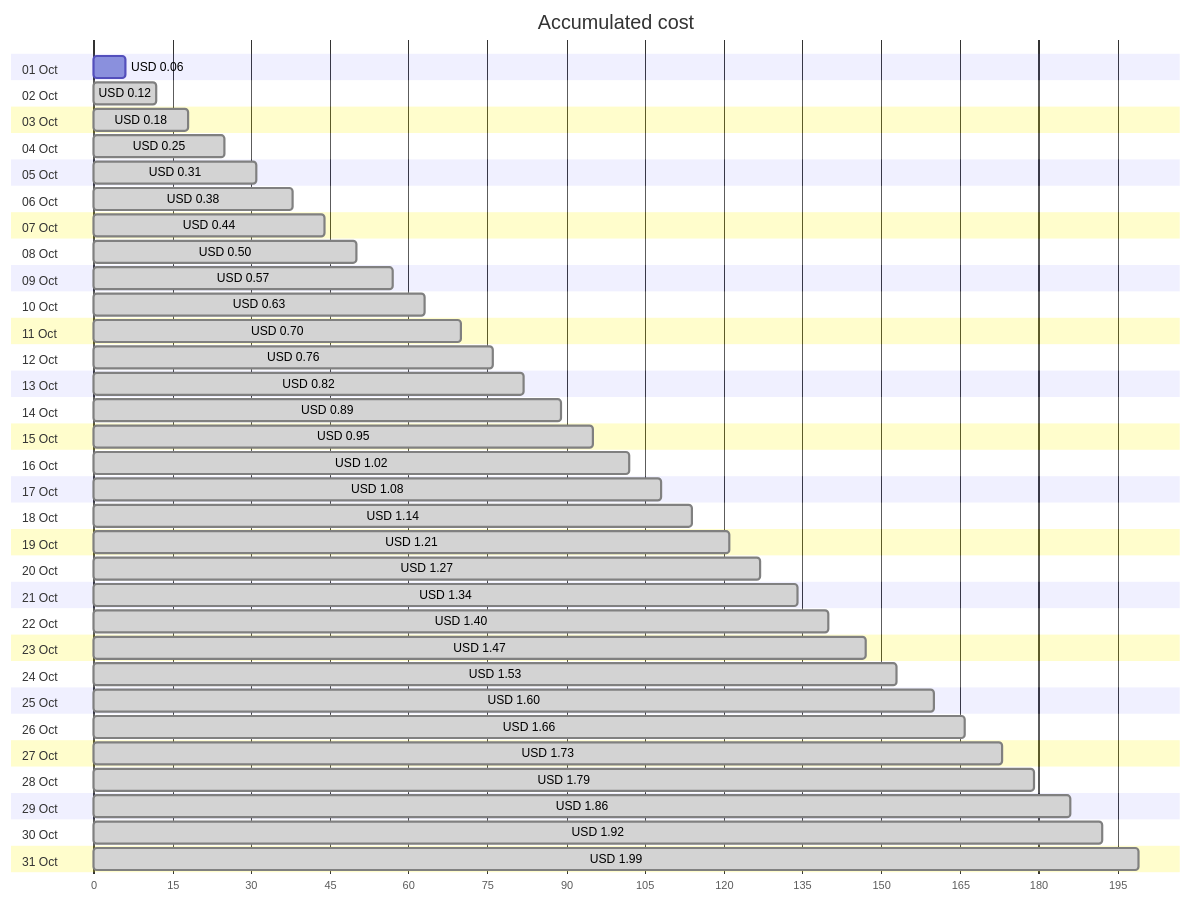
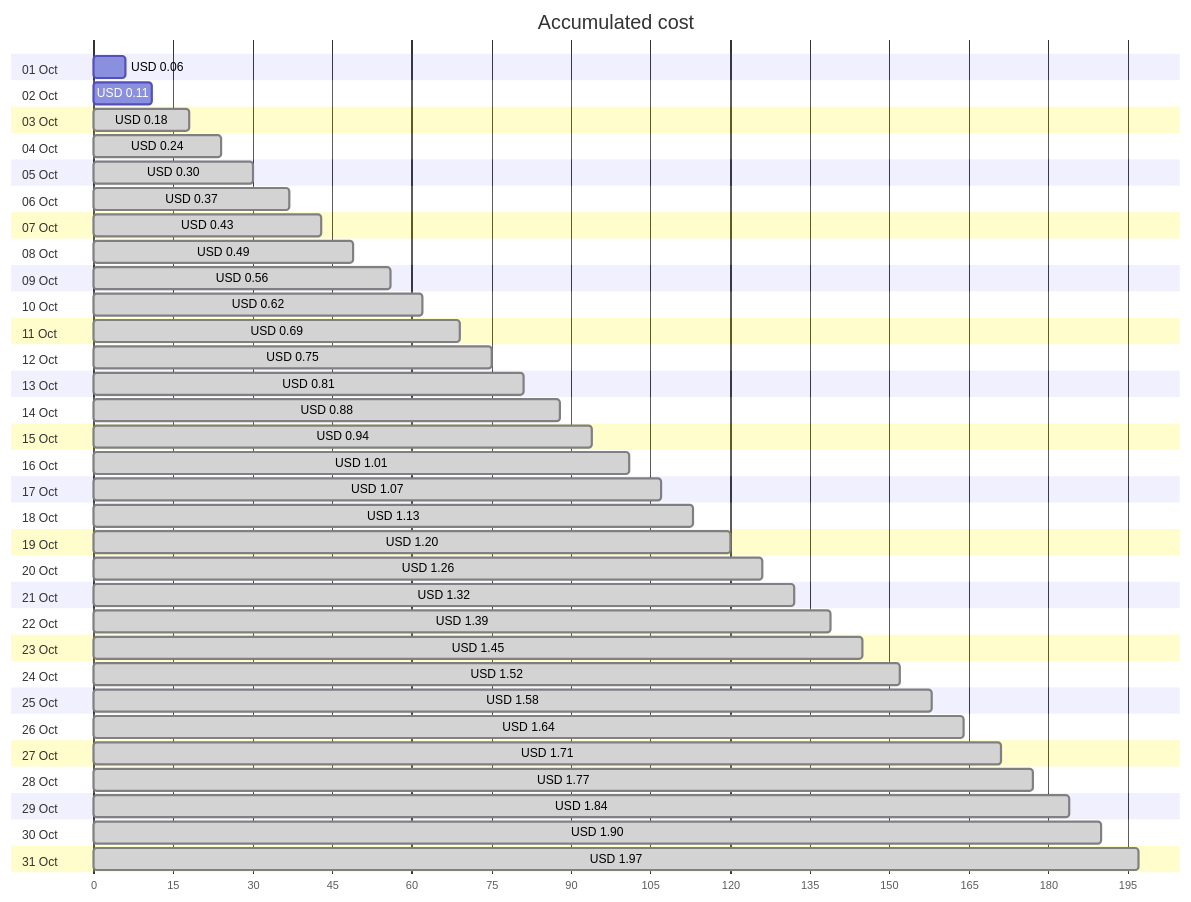
The first of 4 diagrams in cost-reports/personal-network/vpn-server_OsDisk.md (jpfulton/azure-personal-reports), drawn with Mermaid before and after one commit. The commit also changed other lines of this file and 8 other files, not shown here.

````diff
--- a/cost-reports/personal-network/vpn-server_OsDisk.md
+++ b/cost-reports/personal-network/vpn-server_OsDisk.md
@@ -20,68 +20,68 @@
 ```mermaid
 gantt
    title Accumulated cost
    dateFormat  X
    axisFormat %s
    section 01 Oct
    USD 0.06 :0, 6
    section 02 Oct
-   USD 0.12 : done, 0, 12
+   USD 0.11 :0, 11
    section 03 Oct
    USD 0.18 : done, 0, 18
    section 04 Oct
-   USD 0.25 : done, 0, 25
+   USD 0.24 : done, 0, 24
    section 05 Oct
-   USD 0.31 : done, 0, 31
+   USD 0.30 : done, 0, 30
    section 06 Oct
-   USD 0.38 : done, 0, 38
+   USD 0.37 : done, 0, 37
    section 07 Oct
-   USD 0.44 : done, 0, 44
+   USD 0.43 : done, 0, 43
    section 08 Oct
-   USD 0.50 : done, 0, 50
+   USD 0.49 : done, 0, 49
    section 09 Oct
-   USD 0.57 : done, 0, 57
+   USD 0.56 : done, 0, 56
    section 10 Oct
-   USD 0.63 : done, 0, 63
+   USD 0.62 : done, 0, 62
    section 11 Oct
-   USD 0.70 : done, 0, 70
+   USD 0.69 : done, 0, 69
    section 12 Oct
-   USD 0.76 : done, 0, 76
+   USD 0.75 : done, 0, 75
    section 13 Oct
-   USD 0.82 : done, 0, 82
+   USD 0.81 : done, 0, 81
    section 14 Oct
-   USD 0.89 : done, 0, 89
+   USD 0.88 : done, 0, 88
    section 15 Oct
-   USD 0.95 : done, 0, 95
+   USD 0.94 : done, 0, 94
    section 16 Oct
-   USD 1.02 : done, 0, 102
+   USD 1.01 : done, 0, 101
    section 17 Oct
-   USD 1.08 : done, 0, 108
+   USD 1.07 : done, 0, 107
    section 18 Oct
-   USD 1.14 : done, 0, 114
+   USD 1.13 : done, 0, 113
    section 19 Oct
-   USD 1.21 : done, 0, 121
+   USD 1.20 : done, 0, 120
    section 20 Oct
-   USD 1.27 : done, 0, 127
+   USD 1.26 : done, 0, 126
    section 21 Oct
-   USD 1.34 : done, 0, 134
+   USD 1.32 : done, 0, 132
    section 22 Oct
-   USD 1.40 : done, 0, 140
+   USD 1.39 : done, 0, 139
    section 23 Oct
-   USD 1.47 : done, 0, 147
+   USD 1.45 : done, 0, 145
    section 24 Oct
-   USD 1.53 : done, 0, 153
+   USD 1.52 : done, 0, 152
    section 25 Oct
-   USD 1.60 : done, 0, 160
+   USD 1.58 : done, 0, 158
    section 26 Oct
-   USD 1.66 : done, 0, 166
+   USD 1.64 : done, 0, 164
    section 27 Oct
-   USD 1.73 : done, 0, 173
+   USD 1.71 : done, 0, 171
    section 28 Oct
-   USD 1.79 : done, 0, 179
+   USD 1.77 : done, 0, 177
    section 29 Oct
-   USD 1.86 : done, 0, 186
+   USD 1.84 : done, 0, 184
    section 30 Oct
-   USD 1.92 : done, 0, 192
+   USD 1.90 : done, 0, 190
    section 31 Oct
-   USD 1.99 : done, 0, 199
+   USD 1.97 : done, 0, 197
 ```
````
